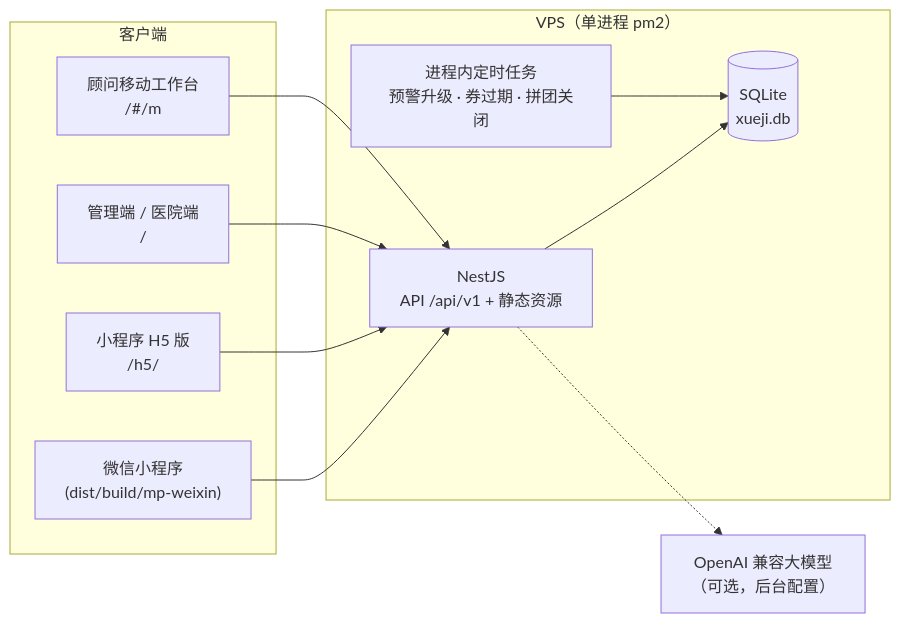
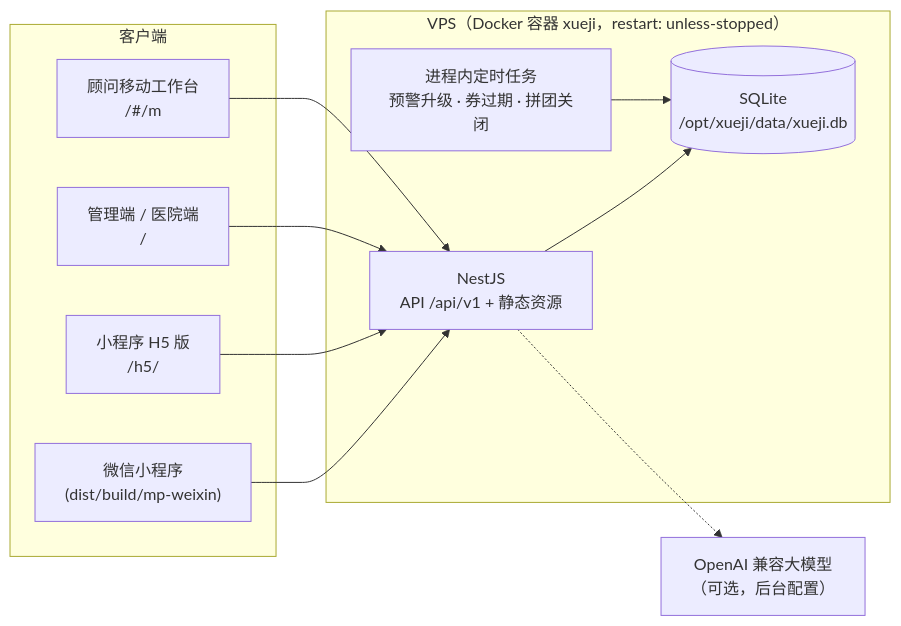
The diagram in docs/02_产品设计与开发文档_v1.1（黑客松MVP迭代）.md (chenhe237531/XueJiMeiYe), drawn with Mermaid before and after one commit. The commit also changed other lines of this file and 9 other files, not shown here.

````diff
--- a/docs/02_产品设计与开发文档_v1.1（黑客松MVP迭代）.md
+++ b/docs/02_产品设计与开发文档_v1.1（黑客松MVP迭代）.md
@@ -67,22 +67,22 @@
 ```mermaid
 flowchart LR
   subgraph Client["客户端"]
     MP["微信小程序<br/>(dist/build/mp-weixin)"]
     H5["小程序 H5 版<br/>/h5/"]
     ADM["管理端 / 医院端<br/>/"]
     MOB["顾问移动工作台<br/>/#/m"]
   end
-  subgraph VPS["VPS（单进程 pm2）"]
+  subgraph VPS["VPS（Docker 容器 xueji，restart: unless-stopped）"]
     NODE["NestJS<br/>API /api/v1 + 静态资源"]
-    DB[("SQLite<br/>xueji.db")]
+    DB[("SQLite<br/>/opt/xueji/data/xueji.db")]
     JOB["进程内定时任务<br/>预警升级 · 券过期 · 拼团关闭"]
   end
   LLM["OpenAI 兼容大模型<br/>（可选，后台配置）"]
   MP --> NODE
   H5 --> NODE
   ADM --> NODE
   MOB --> NODE
   NODE --> DB
   JOB --> DB
   NODE -.-> LLM
 ```
````
